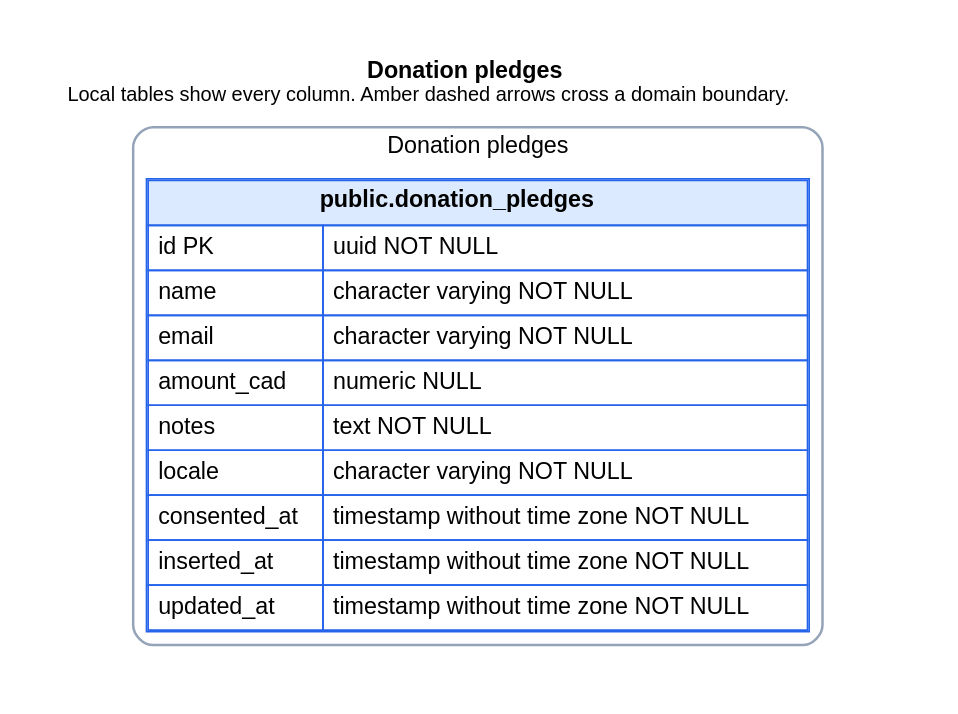
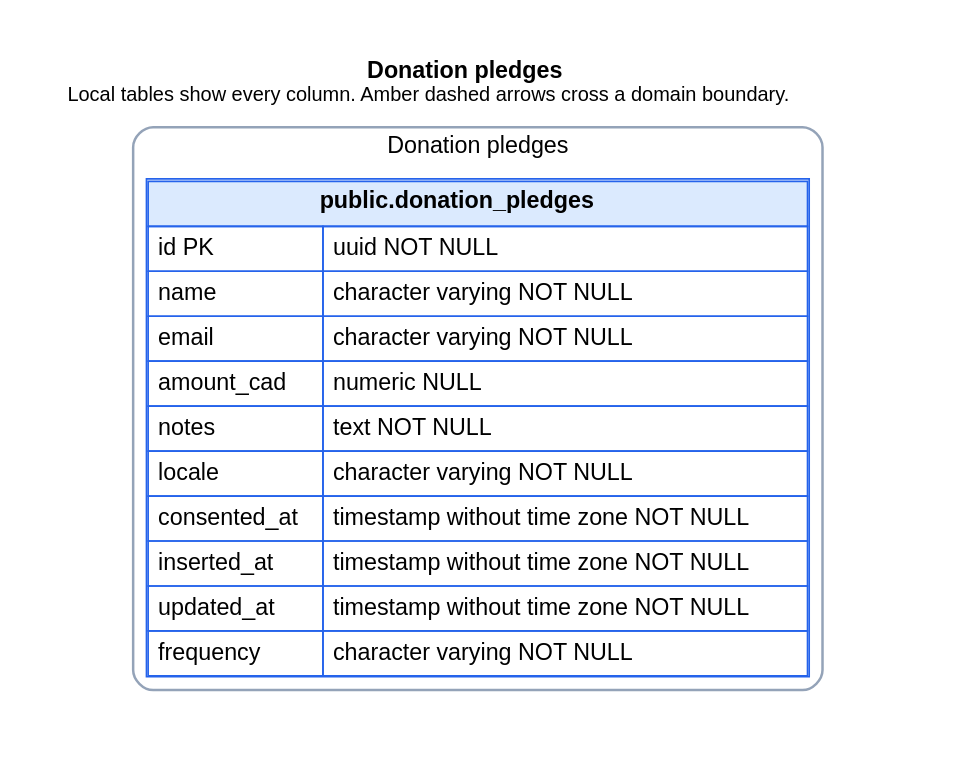
One commit to ogourment/pauseai.ca-website changed the diagram in docs/schema/domains/donations.dot. Above: the diagram before and after it, drawn with Graphviz. The commit also changed 30 other files, not shown here.

```diff
--- a/docs/schema/domains/donations.dot
+++ b/docs/schema/domains/donations.dot
@@ -1,31 +1,31 @@
 digraph donations {
   graph [rankdir=TB, bgcolor="white", pad=0.35, nodesep=0.6, ranksep=0.9, fontname="Helvetica"];
   node [shape=plain, fontname="Helvetica"];
   edge [fontname="Helvetica", fontsize=10, arrowsize=0.7];
   labelloc="t";
   label=< <B>Donation pledges</B><BR/><FONT POINT-SIZE="12">Local tables show every column. Amber dashed arrows cross a domain boundary.</FONT> >;
 
   subgraph cluster_local {
     label="Donation pledges";
     color="#94a3b8";
     penwidth=1.5;
     style="rounded";
   "donation_pledges" [label=<
     <TABLE BORDER="1" CELLBORDER="1" CELLSPACING="0" CELLPADDING="5" COLOR="#2563eb">
       <TR><TD BGCOLOR="#dbeafe" COLSPAN="2"><B>public.donation_pledges</B></TD></TR>
-      <TR><TD ALIGN="LEFT">id PK</TD><TD ALIGN="LEFT">uuid NOT NULL</TD></TR><TR><TD ALIGN="LEFT">name</TD><TD ALIGN="LEFT">character varying NOT NULL</TD></TR><TR><TD ALIGN="LEFT">email</TD><TD ALIGN="LEFT">character varying NOT NULL</TD></TR><TR><TD ALIGN="LEFT">amount_cad</TD><TD ALIGN="LEFT">numeric NULL</TD></TR><TR><TD ALIGN="LEFT">notes</TD><TD ALIGN="LEFT">text NOT NULL</TD></TR><TR><TD ALIGN="LEFT">locale</TD><TD ALIGN="LEFT">character varying NOT NULL</TD></TR><TR><TD ALIGN="LEFT">consented_at</TD><TD ALIGN="LEFT">timestamp without time zone NOT NULL</TD></TR><TR><TD ALIGN="LEFT">inserted_at</TD><TD ALIGN="LEFT">timestamp without time zone NOT NULL</TD></TR><TR><TD ALIGN="LEFT">updated_at</TD><TD ALIGN="LEFT">timestamp without time zone NOT NULL</TD></TR>
+      <TR><TD ALIGN="LEFT">id PK</TD><TD ALIGN="LEFT">uuid NOT NULL</TD></TR><TR><TD ALIGN="LEFT">name</TD><TD ALIGN="LEFT">character varying NOT NULL</TD></TR><TR><TD ALIGN="LEFT">email</TD><TD ALIGN="LEFT">character varying NOT NULL</TD></TR><TR><TD ALIGN="LEFT">amount_cad</TD><TD ALIGN="LEFT">numeric NULL</TD></TR><TR><TD ALIGN="LEFT">notes</TD><TD ALIGN="LEFT">text NOT NULL</TD></TR><TR><TD ALIGN="LEFT">locale</TD><TD ALIGN="LEFT">character varying NOT NULL</TD></TR><TR><TD ALIGN="LEFT">consented_at</TD><TD ALIGN="LEFT">timestamp without time zone NOT NULL</TD></TR><TR><TD ALIGN="LEFT">inserted_at</TD><TD ALIGN="LEFT">timestamp without time zone NOT NULL</TD></TR><TR><TD ALIGN="LEFT">updated_at</TD><TD ALIGN="LEFT">timestamp without time zone NOT NULL</TD></TR><TR><TD ALIGN="LEFT">frequency</TD><TD ALIGN="LEFT">character varying NOT NULL</TD></TR>
     </TABLE>
   >];
 
   }
 
   subgraph cluster_external {
     label="External-domain references — other relationships are intentionally omitted";
     color="#cbd5e1";
     penwidth=1;
     style="rounded";
 
   }
 
 
 }
```
